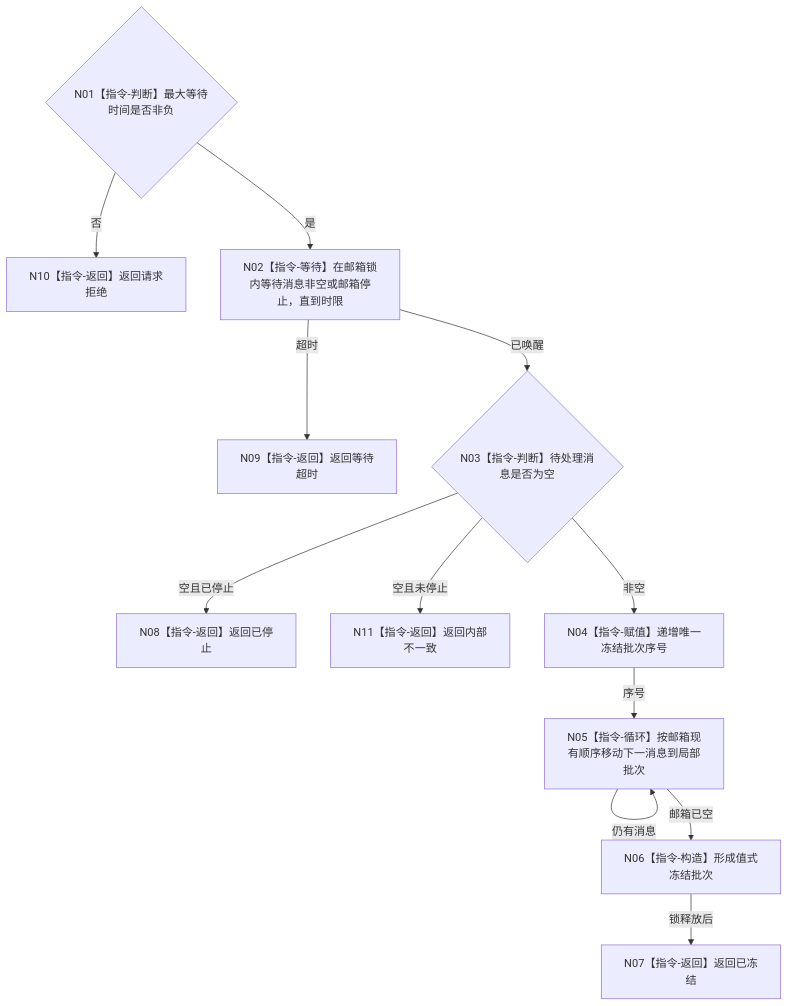
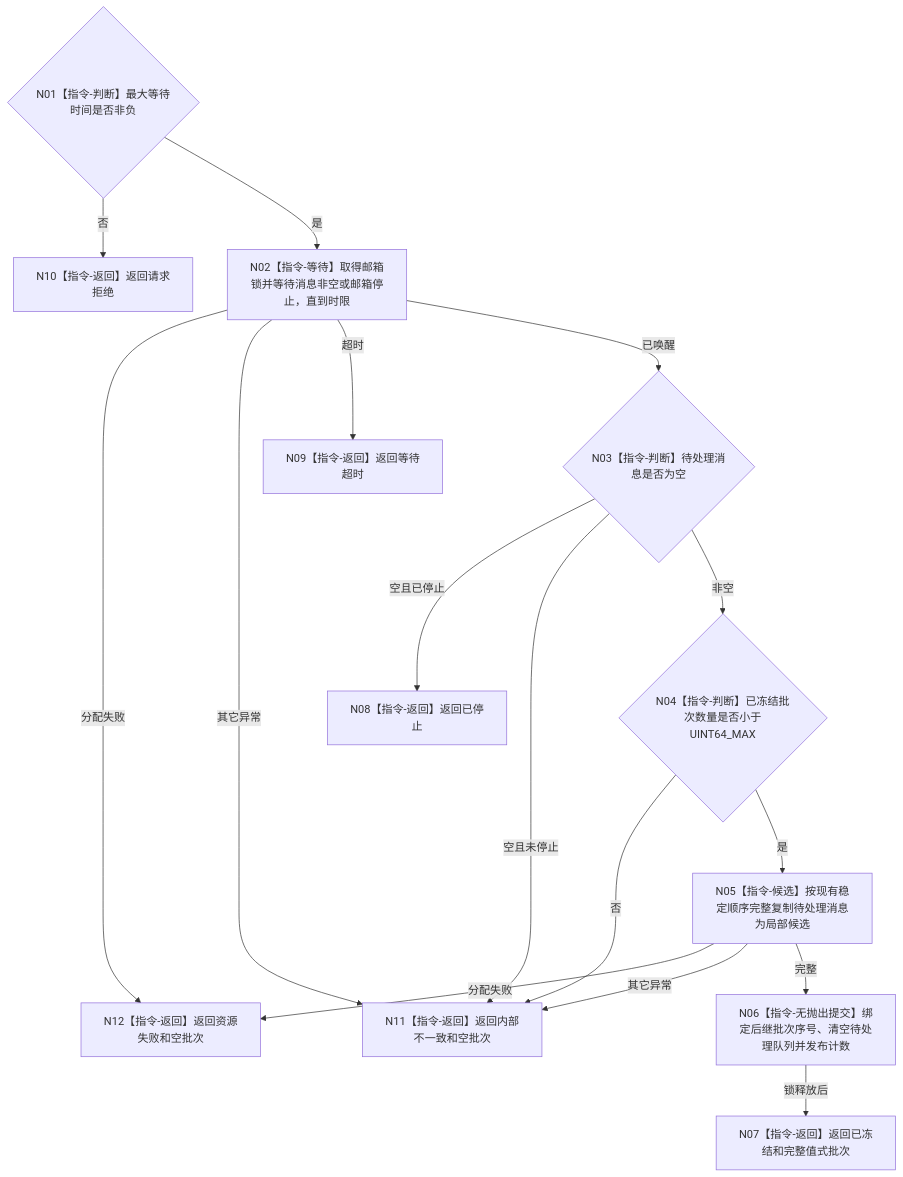
Before and after one commit to chunhaizh-cyber/HY-Ego: the diagram in 流程图/目标业务流程图/L3/BIZ-L3-002-01-01_等待并冻结下一批_目标函数流程图_v0.1.md, drawn with Mermaid. The commit also changed other lines of this file and 5 other files, not shown here.

````diff
--- a/流程图/目标业务流程图/L3/BIZ-L3-002-01-01_等待并冻结下一批_目标函数流程图_v0.1.md
+++ b/流程图/目标业务流程图/L3/BIZ-L3-002-01-01_等待并冻结下一批_目标函数流程图_v0.1.md
@@ -31,14 +31,18 @@
 ```mermaid
 flowchart TD
     N01{"N01【指令-判断】最大等待时间是否非负"} -->|否| N10["N10【指令-返回】返回请求拒绝"]
-    N01 -->|是| N02["N02【指令-等待】在邮箱锁内等待消息非空或邮箱停止，直到时限"]
+    N01 -->|是| N02["N02【指令-等待】取得邮箱锁并等待消息非空或邮箱停止，直到时限"]
+    N02 -->|分配失败| N12["N12【指令-返回】返回资源失败和空批次"]
+    N02 -->|其它异常| N11["N11【指令-返回】返回内部不一致和空批次"]
     N02 -->|超时| N09["N09【指令-返回】返回等待超时"]
     N02 -->|已唤醒| N03{"N03【指令-判断】待处理消息是否为空"}
     N03 -->|空且已停止| N08["N08【指令-返回】返回已停止"]
-    N03 -->|空且未停止| N11["N11【指令-返回】返回内部不一致"]
-    N03 -->|非空| N04["N04【指令-赋值】递增唯一冻结批次序号"]
-    N04 -->|序号| N05["N05【指令-循环】按邮箱现有顺序移动下一消息到局部批次"]
-    N05 -->|仍有消息| N05
-    N05 -->|邮箱已空| N06["N06【指令-构造】形成值式冻结批次"]
-    N06 -->|锁释放后| N07["N07【指令-返回】返回已冻结"]
+    N03 -->|空且未停止| N11
+    N03 -->|非空| N04{"N04【指令-判断】已冻结批次数量是否小于UINT64_MAX"}
+    N04 -->|否| N11
+    N04 -->|是| N05["N05【指令-候选】按现有稳定顺序完整复制待处理消息为局部候选"]
+    N05 -->|分配失败| N12
+    N05 -->|其它异常| N11
+    N05 -->|完整| N06["N06【指令-无抛出提交】绑定后继批次序号、清空待处理队列并发布计数"]
+    N06 -->|锁释放后| N07["N07【指令-返回】返回已冻结和完整值式批次"]
 ```
````
